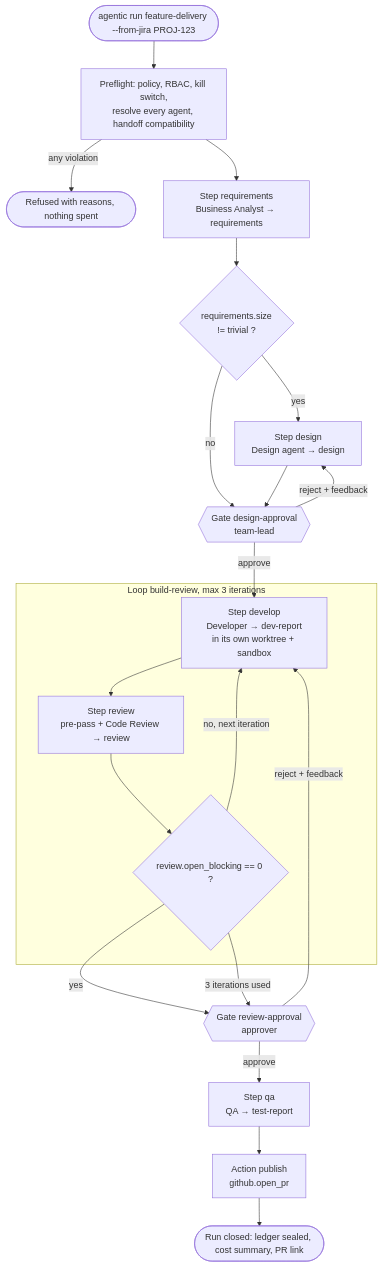
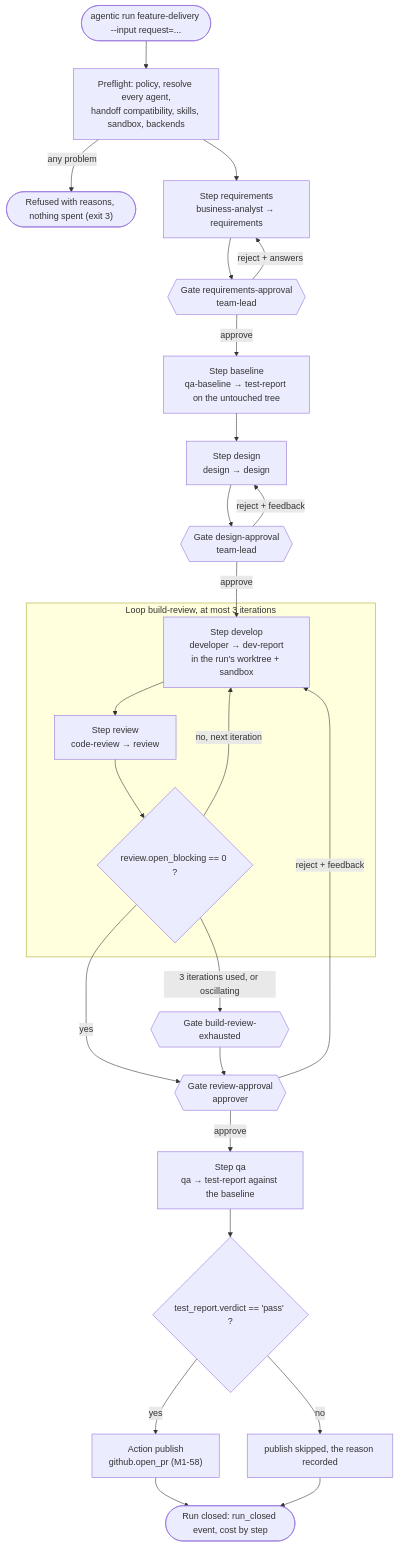
Before and after one commit to cbeyondcloud/agentic-sdlc: the first of 5 diagrams in docs/architecture/call-flow.md, drawn with Mermaid. The commit also changed other lines of this file and 2 other files, not shown here.

Commit message:
docs(call-flow): match the code as it is now; pinned mermaid-cli check in its container (M1-73)

````diff
--- a/docs/architecture/call-flow.md
+++ b/docs/architecture/call-flow.md
@@ -11,23 +15,28 @@
 ```mermaid
 flowchart TD
-    start([agentic run feature-delivery --from-jira PROJ-123]) --> pre[Preflight: policy, RBAC, kill switch,<br/>resolve every agent, handoff compatibility]
-    pre -->|any violation| stop([Refused with reasons, nothing spent])
-    pre --> ba[Step requirements<br/>Business Analyst → requirements]
-    ba --> cond{requirements.size<br/>!= trivial ?}
-    cond -->|yes| design[Step design<br/>Design agent → design]
-    cond -->|no| g1
-    design --> g1{{Gate design-approval<br/>team-lead}}
+    start(["agentic run feature-delivery --input request=..."]) --> pre["Preflight: policy, resolve every agent,<br/>handoff compatibility, skills, sandbox, backends"]
+    pre -->|any problem| stop(["Refused with reasons, nothing spent (exit 3)"])
+    pre --> ba["Step requirements<br/>business-analyst → requirements"]
+    ba --> g0{{"Gate requirements-approval<br/>team-lead"}}
+    g0 -->|reject + answers| ba
+    g0 -->|approve| base["Step baseline<br/>qa-baseline → test-report on the untouched tree"]
+    base --> design["Step design<br/>design → design"]
+    design --> g1{{"Gate design-approval<br/>team-lead"}}
     g1 -->|reject + feedback| design
     g1 -->|approve| dev
-    subgraph loop [Loop build-review, max 3 iterations]
-        dev[Step develop<br/>Developer → dev-report<br/>in its own worktree + sandbox] --> rev[Step review<br/>pre-pass + Code Review → review]
-        rev --> until{review.open_blocking == 0 ?}
+    subgraph loop ["Loop build-review, at most 3 iterations"]
+        dev["Step develop<br/>developer → dev-report<br/>in the run's worktree + sandbox"] --> rev["Step review<br/>code-review → review"]
+        rev --> until{"review.open_blocking == 0 ?"}
         until -->|no, next iteration| dev
     end
-    until -->|yes| g2{{Gate review-approval<br/>approver}}
-    until -->|3 iterations used| g2
+    until -->|yes| g2{{"Gate review-approval<br/>approver"}}
+    until -->|"3 iterations used, or oscillating"| gx{{"Gate build-review-exhausted"}}
+    gx --> g2
     g2 -->|reject + feedback| dev
-    g2 -->|approve| qa[Step qa<br/>QA → test-report]
-    qa --> pr[Action publish<br/>github.open_pr]
-    pr --> done([Run closed: ledger sealed, cost summary, PR link])
+    g2 -->|approve| qa["Step qa<br/>qa → test-report against the baseline"]
+    qa --> when{"test_report.verdict == 'pass' ?"}
+    when -->|yes| pr["Action publish<br/>github.open_pr (M1-58)"]
+    when -->|no| skipped["publish skipped, the reason recorded"]
+    pr --> done(["Run closed: run_closed event, cost by step"])
+    skipped --> done
 ```
````
